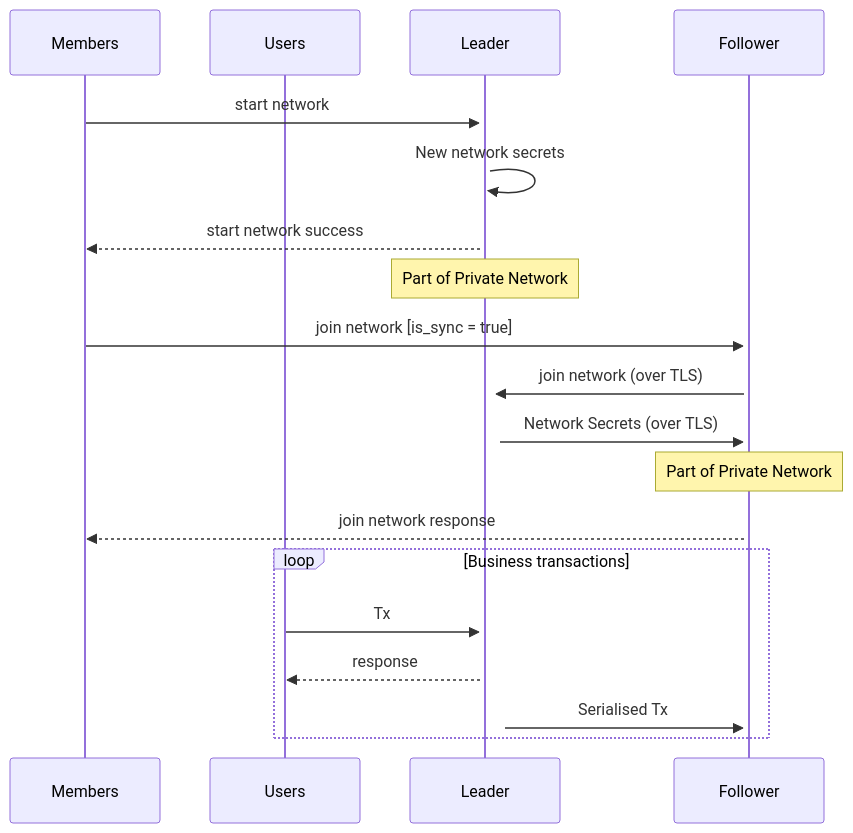
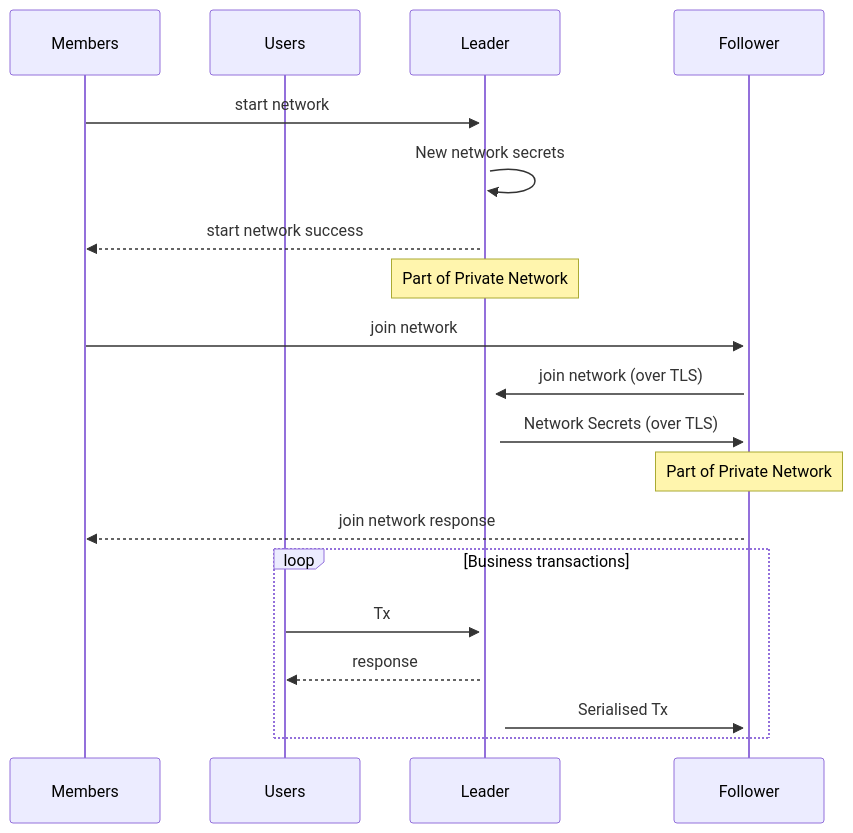
The diagram in sphinx/source/start_network.rst (microsoft/CCF), drawn with Mermaid before and after one commit.

```diff
--- a/sphinx/source/start_network.rst
+++ b/sphinx/source/start_network.rst
@@ -95,27 +95,27 @@
 .. mermaid::
 
     sequenceDiagram
         participant Members
         participant Users
         participant Leader
         participant Follower
 
         Members->>+Leader: start network
         Leader->>+Leader: New network secrets
         Leader-->>Members: start network success
 
         Note over Leader: Part of Private Network
 
-        Members->>+Follower: join network [is_sync = true]
+        Members->>+Follower: join network
         Follower->>+Leader: join network (over TLS)
         Leader->>+Follower: Network Secrets (over TLS)
 
         Note over Follower: Part of Private Network
 
         Follower-->>Members: join network response
 
         loop Business transactions
             Users->>+Leader: Tx
             Leader-->>Users: response
             Leader->>+Follower: Serialised Tx
         end
```
